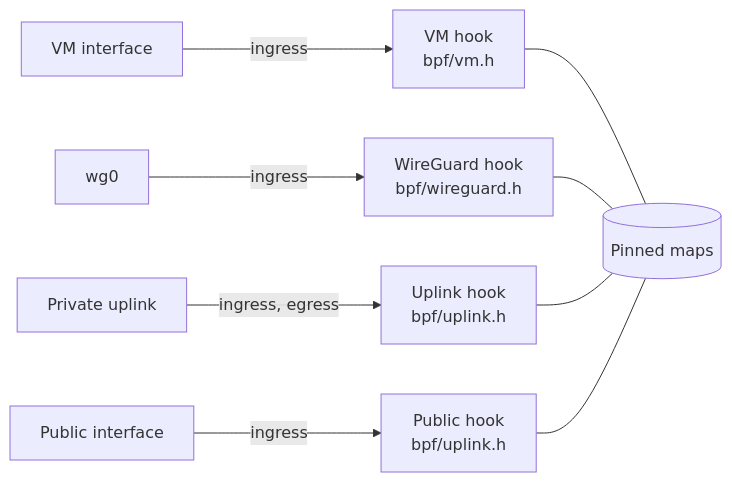
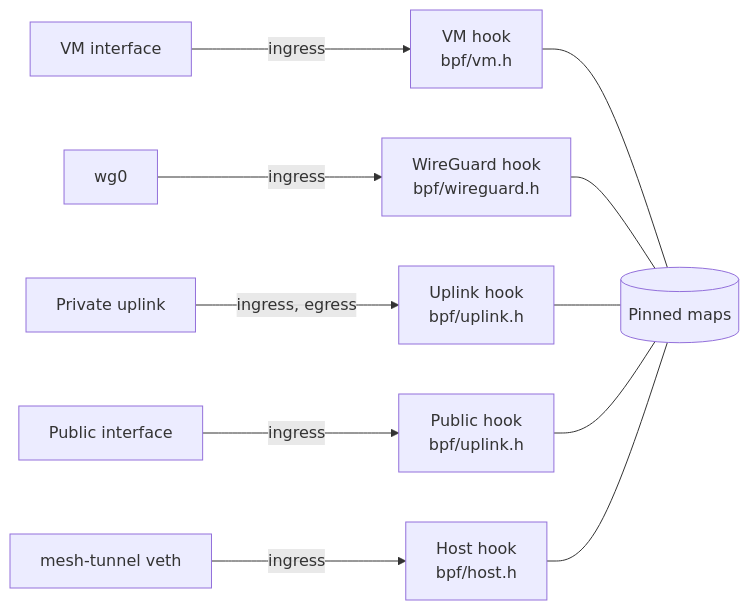
The first of 2 diagrams in docs/networking/wg-mesh/index.md (frappe/atlas), drawn with Mermaid before and after one commit. The commit also changed other lines of this file and 6 other files, not shown here.

First line of the commit message:
feat(wg-mesh): Send host traffic to a remote VM through WireGuard

````diff
--- a/docs/networking/wg-mesh/index.md
+++ b/docs/networking/wg-mesh/index.md
@@ -20,8 +20,9 @@
 ```mermaid
 flowchart LR
     VM[VM interface] -->|ingress| VH[VM hook<br/>bpf/vm.h]
     WG[wg0] -->|ingress| WH[WireGuard hook<br/>bpf/wireguard.h]
     UP[Private uplink] -->|ingress, egress| UH[Uplink hook<br/>bpf/uplink.h]
     PUB[Public interface] -->|ingress| PH[Public hook<br/>bpf/uplink.h]
-    VH & WH & UH & PH --- Maps[(Pinned maps)]
+    HV[mesh-tunnel veth] -->|ingress| HH[Host hook<br/>bpf/host.h]
+    VH & WH & UH & PH & HH --- Maps[(Pinned maps)]
 ```
````
